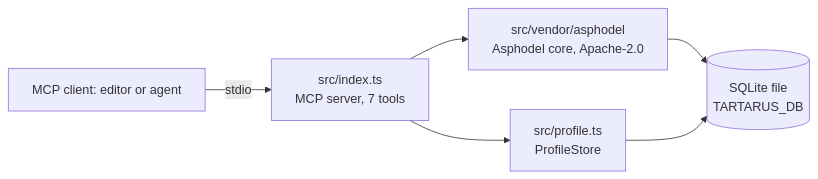
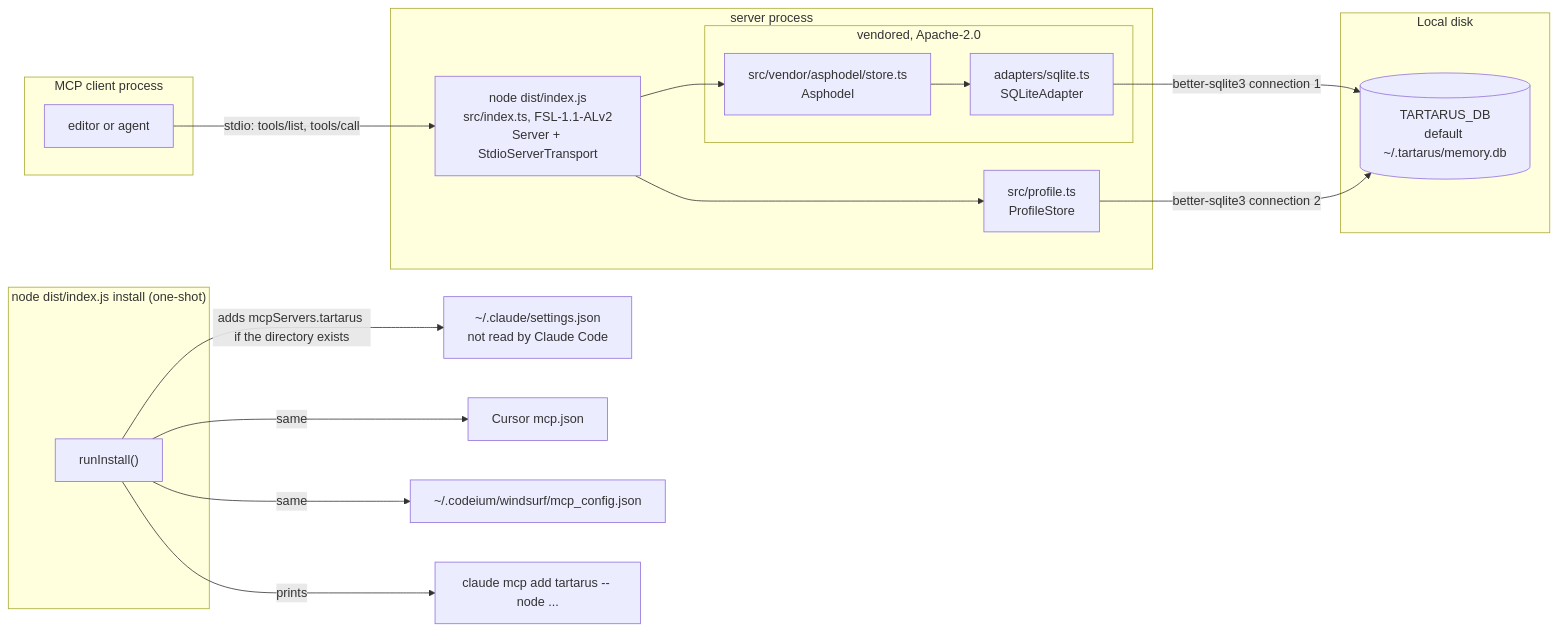
The second of 2 diagrams in README.md (saluca-labs/tartarus-mcp), drawn with Mermaid before and after one commit. The commit also changed other lines of this file and 3 other files, not shown here.

First line of the commit message:
docs: how-it-works and boundary diagrams, agent quickstart, orientation AGENTS.md, full-surface llms.txt

````diff
--- a/README.md
+++ b/README.md
@@ -154,8 +214,30 @@
 ```mermaid
 flowchart LR
-  C[MCP client: editor or agent] -- stdio --> S[src/index.ts<br/>MCP server, 7 tools]
-  S --> A[src/vendor/asphodel<br/>Asphodel core, Apache-2.0]
-  S --> P[src/profile.ts<br/>ProfileStore]
-  A --> DB[(SQLite file<br/>TARTARUS_DB)]
-  P --> DB
+  subgraph clientProc["MCP client process"]
+    client["editor or agent"]
+  end
+  subgraph serverProc["server process"]
+    index["node dist/index.js<br/>src/index.ts, FSL-1.1-ALv2<br/>Server + StdioServerTransport"]
+    profile["src/profile.ts<br/>ProfileStore"]
+    subgraph vendor["vendored, Apache-2.0"]
+      core["src/vendor/asphodel/store.ts<br/>Asphodel"]
+      sqlite["adapters/sqlite.ts<br/>SQLiteAdapter"]
+    end
+  end
+  subgraph disk["Local disk"]
+    db[("TARTARUS_DB<br/>default #126;/.tartarus/memory.db")]
+  end
+  subgraph installRun["node dist/index.js install (one-shot)"]
+    runInstall["runInstall()"]
+  end
+  client -- "stdio: tools/list, tools/call" --> index
+  index --> core
+  core --> sqlite
+  sqlite -- "better-sqlite3 connection 1" --> db
+  index --> profile
+  profile -- "better-sqlite3 connection 2" --> db
+  runInstall -- "adds mcpServers.tartarus if the directory exists" --> cfgClaude["#126;/.claude/settings.json<br/>not read by Claude Code"]
+  runInstall -- "same" --> cfgCursor["Cursor mcp.json"]
+  runInstall -- "same" --> cfgWindsurf["#126;/.codeium/windsurf/mcp_config.json"]
+  runInstall -- "prints" --> line["claude mcp add tartarus -- node ..."]
 ```
````
